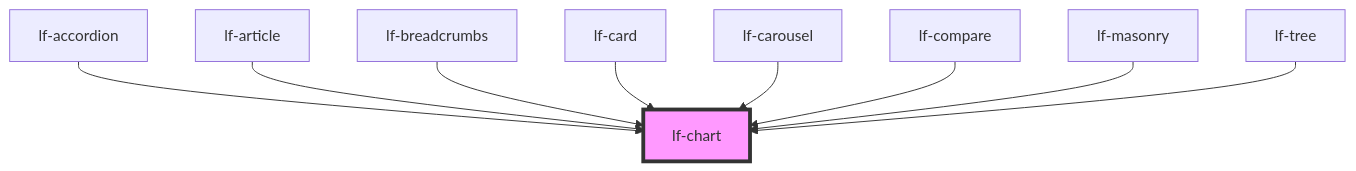
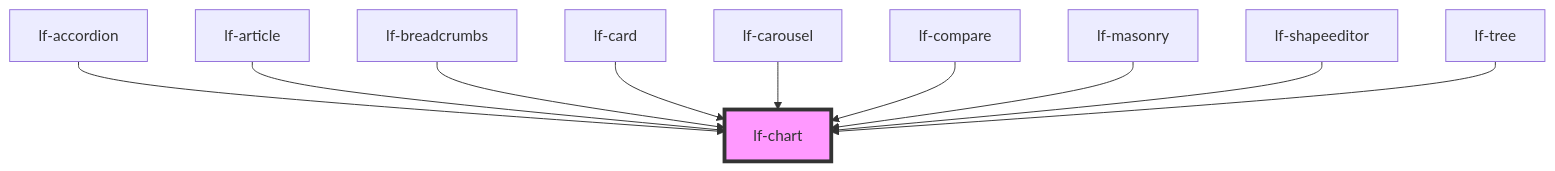
Before and after one commit to lucafoscili/lf-widgets: the diagram in packages/core/src/components/lf-chart/readme.md, drawn with Mermaid. The commit also changed other lines of this file and 27 other files, not shown here.

````diff
--- a/packages/core/src/components/lf-chart/readme.md
+++ b/packages/core/src/components/lf-chart/readme.md
@@ -123,12 +126,13 @@
 ```mermaid
 graph TD;
   lf-accordion --> lf-chart
   lf-article --> lf-chart
   lf-breadcrumbs --> lf-chart
   lf-card --> lf-chart
   lf-carousel --> lf-chart
   lf-compare --> lf-chart
   lf-masonry --> lf-chart
+  lf-shapeeditor --> lf-chart
   lf-tree --> lf-chart
   style lf-chart fill:#f9f,stroke:#333,stroke-width:4px
 ```
````
